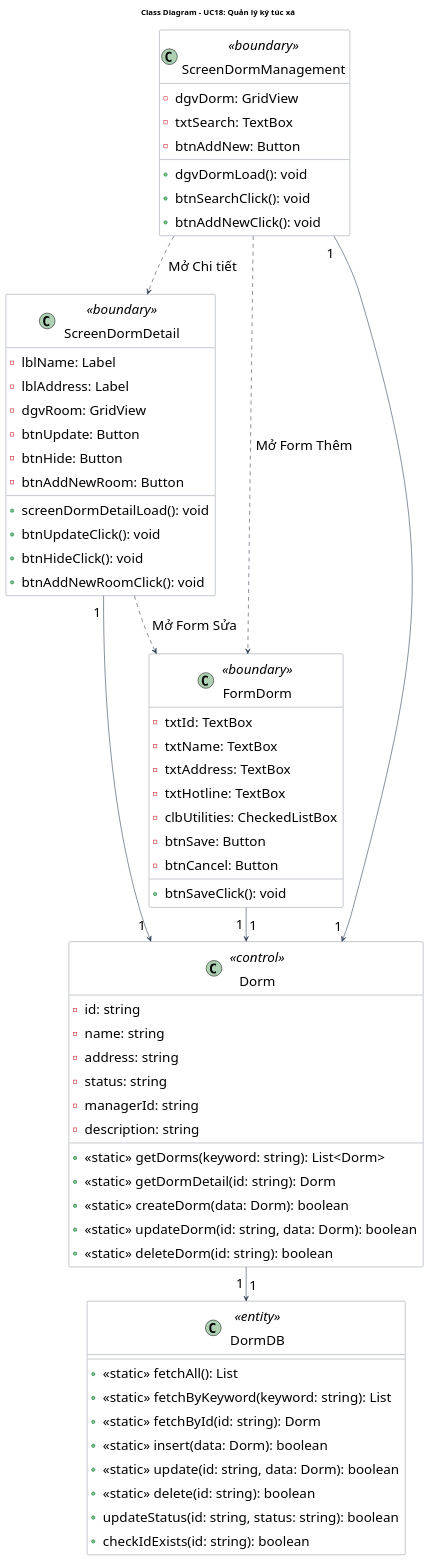
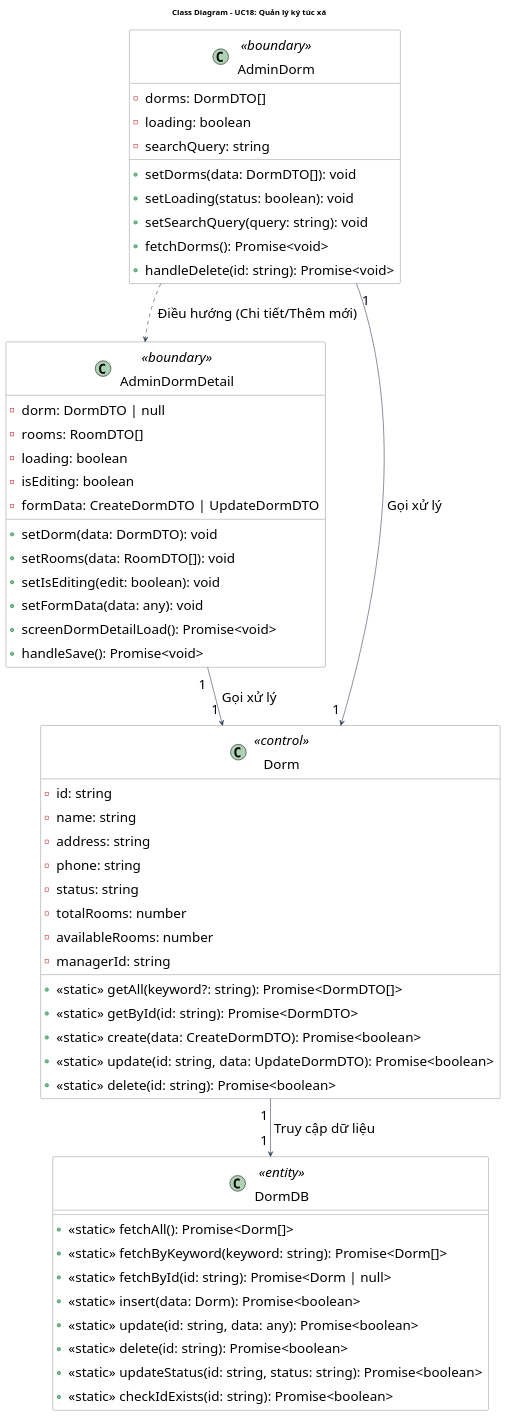
The diagram in doc/system/quan_ly_ky_tuc_xa/QuanLyKyTucXa_ClassDiagram.wsd (Gnourt812005/HCMUS-Analyze-and-desgin-IS), drawn with PlantUML before and after one commit. The commit also changed 11 other files, not shown here.

Commit message:
truong/code: dorm management in admin site

```diff
--- a/doc/system/quan_ly_ky_tuc_xa/QuanLyKyTucXa_ClassDiagram.wsd
+++ b/doc/system/quan_ly_ky_tuc_xa/QuanLyKyTucXa_ClassDiagram.wsd
@@ -1,84 +1,78 @@
 @startuml QuanLyKyTucXa_ClassDiagram
 title Class Diagram - UC18: Quản lý ký túc xá
 
 ' --- STYLE CONFIGURATION ---
 skinparam {
     ClassBackgroundColor White
     ClassBorderColor #2D3E50
     ArrowColor #2D3E50
     DefaultFontName "Arial"
     DefaultFontSize 24
     Padding 5
 }
 
 ' --- BOUNDARY LAYER ---
-class "ScreenDormManagement" as ScreenDM <<boundary>> {
-    - dgvDorm: GridView
-    - txtSearch: TextBox
-    - btnAddNew: Button
-    + dgvDormLoad(): void
-    + btnSearchClick(): void
-    + btnAddNewClick(): void
+class "AdminDorm" as ScreenDM <<boundary>> {
+    ' --- React States ---
+    - dorms: DormDTO[]
+    - loading: boolean
+    - searchQuery: string
+    ' --- State Setters ---
+    + setDorms(data: DormDTO[]): void
+    + setLoading(status: boolean): void
+    + setSearchQuery(query: string): void
+    ' --- Methods ---
+    + fetchDorms(): Promise<void>
+    + handleDelete(id: string): Promise<void>
 }
 
-class "ScreenDormDetail" as ScreenDD <<boundary>> {
-    - lblName: Label
-    - lblAddress: Label
-    - dgvRoom: GridView
-    - btnUpdate: Button
-    - btnHide: Button
-    - btnAddNewRoom: Button
-    + screenDormDetailLoad(): void
-    + btnUpdateClick(): void
-    + btnHideClick(): void
-    + btnAddNewRoomClick(): void
-}
-
-class "FormDorm" as FormDorm <<boundary>> {
-    - txtId: TextBox
-    - txtName: TextBox
-    - txtAddress: TextBox
-    - txtHotline: TextBox
-    - clbUtilities: CheckedListBox
-    - btnSave: Button
-    - btnCancel: Button
-    + btnSaveClick(): void
+class "AdminDormDetail" as ScreenDD <<boundary>> {
+    - dorm: DormDTO | null
+    - rooms: RoomDTO[]
+    - loading: boolean
+    - isEditing: boolean
+    - formData: CreateDormDTO | UpdateDormDTO
+    + setDorm(data: DormDTO): void
+    + setRooms(data: RoomDTO[]): void
+    + setIsEditing(edit: boolean): void
+    + setFormData(data: any): void
+    + screenDormDetailLoad(): Promise<void>
+    + handleSave(): Promise<void>
 }
 
 ' --- BUSINESS LAYER ---
 class "Dorm" as Dorm <<control>> {
     - id: string
     - name: string
     - address: string
+    - phone: string
     - status: string
+    - totalRooms: number
+    - availableRooms: number
     - managerId: string
-    - description: string
-    + <<static>> getDorms(keyword: string): List<Dorm>
-    + <<static>> getDormDetail(id: string): Dorm
-    + <<static>> createDorm(data: Dorm): boolean
-    + <<static>> updateDorm(id: string, data: Dorm): boolean
-    + <<static>> deleteDorm(id: string): boolean
+    + <<static>> getAll(keyword?: string): Promise<DormDTO[]>
+    + <<static>> getById(id: string): Promise<DormDTO>
+    + <<static>> create(data: CreateDormDTO): Promise<boolean>
+    + <<static>> update(id: string, data: UpdateDormDTO): Promise<boolean>
+    + <<static>> delete(id: string): Promise<boolean>
 }
 
 ' --- DATABASE LAYER ---
 class "DormDB" as DormDB <<entity>> {
-    + <<static>> fetchAll(): List
-    + <<static>> fetchByKeyword(keyword: string): List
-    + <<static>> fetchById(id: string): Dorm
-    + <<static>> insert(data: Dorm): boolean
-    + <<static>> update(id: string, data: Dorm): boolean
-    + <<static>> delete(id: string): boolean
-    + updateStatus(id: string, status: string): boolean
-    + checkIdExists(id: string): boolean
+    + <<static>> fetchAll(): Promise<Dorm[]>
+    + <<static>> fetchByKeyword(keyword: string): Promise<Dorm[]>
+    + <<static>> fetchById(id: string): Promise<Dorm | null>
+    + <<static>> insert(data: Dorm): Promise<boolean>
+    + <<static>> update(id: string, data: any): Promise<boolean>
+    + <<static>> delete(id: string): Promise<boolean>
+    + <<static>> updateStatus(id: string, status: string): Promise<boolean>
+    + <<static>> checkIdExists(id: string): Promise<boolean>
 }
 
 ' --- RELATIONSHIPS ---
-ScreenDM "1" --> "1" Dorm
-ScreenDD "1" --> "1" Dorm
-FormDorm "1" --> "1" Dorm
-Dorm "1" --> "1" DormDB
-ScreenDM ..> ScreenDD : Mở Chi tiết 
-ScreenDM ..> FormDorm : Mở Form Thêm 
-ScreenDD ..> FormDorm : Mở Form Sửa 
+ScreenDM "1" --> "1" Dorm : Gọi xử lý
+ScreenDD "1" --> "1" Dorm : Gọi xử lý
+Dorm "1" --> "1" DormDB : Truy cập dữ liệu
+ScreenDM ..> ScreenDD : Điều hướng (Chi tiết/Thêm mới)
 
 @enduml
```
